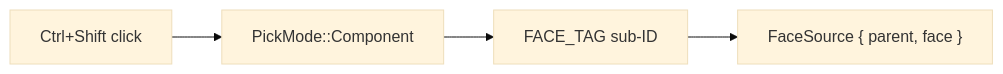
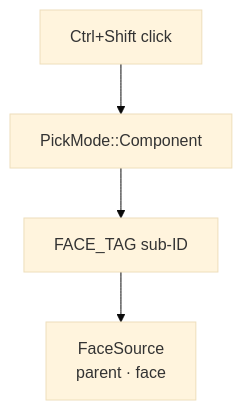
One commit to petrasvestartas/session changed the first of 26 diagrams in session_viewer/docs/17-source-presentation.md. Above: the diagram before and after it, drawn with Mermaid (base theme). The commit also changed other lines of this file and 34 other files, not shown here.

First line of the commit message:
Course: each lesson teaches its file's final form; diagrams fit the column

````diff
--- a/session_viewer/docs/17-source-presentation.md
+++ b/session_viewer/docs/17-source-presentation.md
@@ -7,4 +7,6 @@
 ```mermaid
-flowchart LR
-    a1["Ctrl+Shift click"] --> a2["PickMode::Component"] --> a3["FACE_TAG sub-ID"] --> a4["FaceSource { parent, face }"]
+flowchart TB
+    a1["Ctrl+Shift click"] --> a2["PickMode::Component"]
+    a2 --> a3["FACE_TAG sub-ID"]
+    a3 --> a4["FaceSource<br/>parent · face"]
 ```
````
